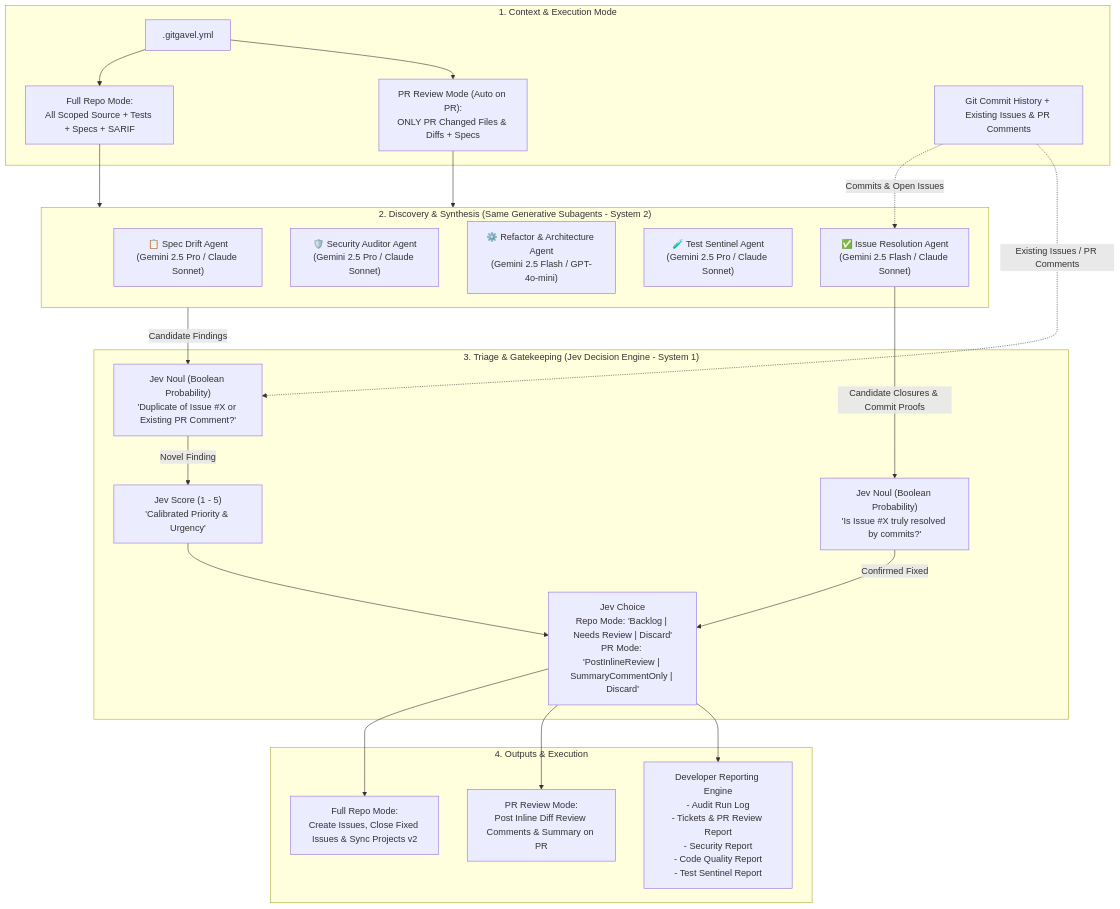
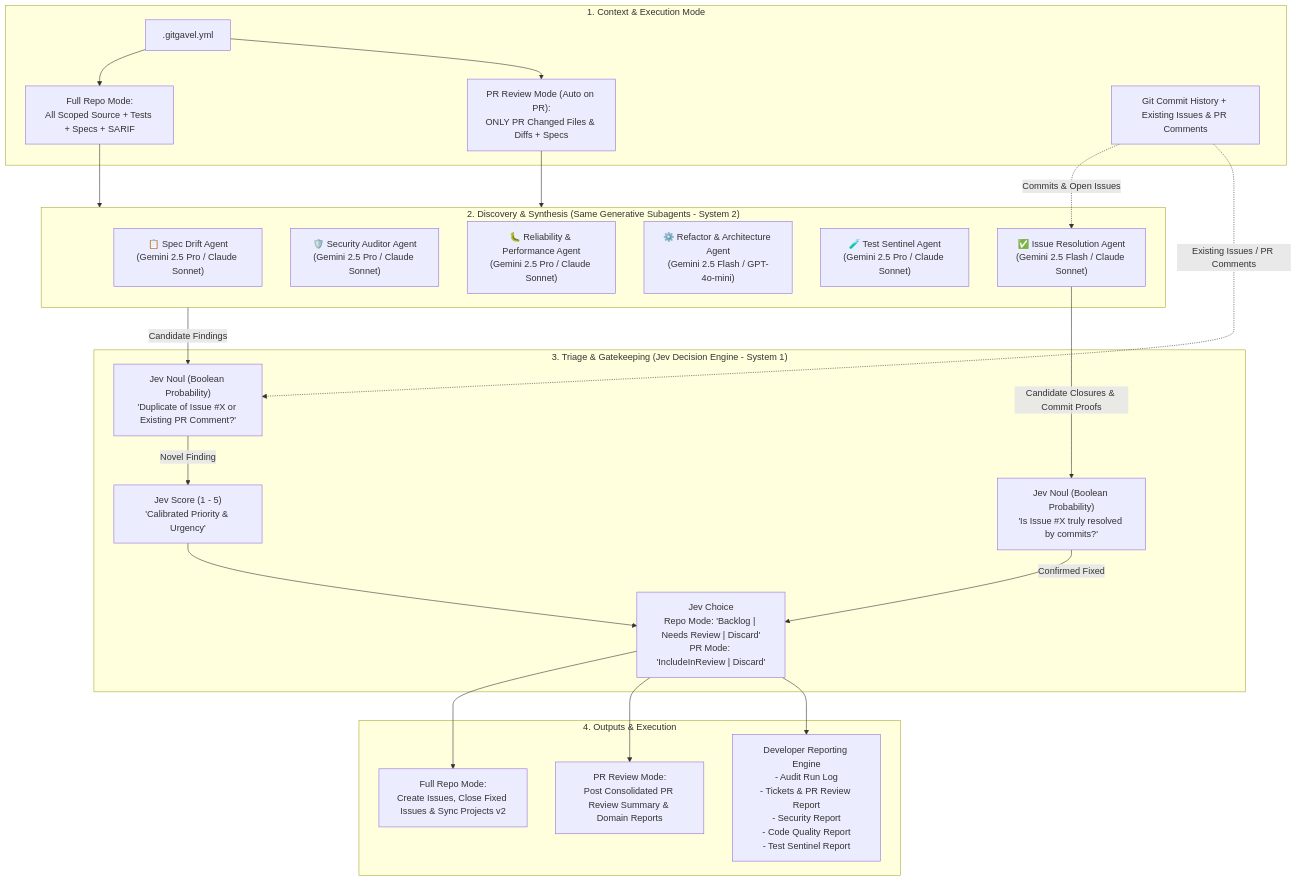
The diagram in SPECIFICATION.md (tyronebramwell/GitGavel), drawn with Mermaid before and after one commit. The commit also changed other lines of this file, not shown here.

Commit message:
docs(spec): remove inline PR diff comments in favor of consolidated summaries

````diff
--- a/SPECIFICATION.md
+++ b/SPECIFICATION.md
@@ -37,48 +37,49 @@
 ```mermaid
 flowchart TD
     subgraph Host ["1. Context & Execution Mode"]
         Config[".gitgavel.yml"]
         FullMode["Full Repo Mode:\nAll Scoped Source + Tests + Specs + SARIF"]
         PRMode["PR Review Mode (Auto on PR):\nONLY PR Changed Files & Diffs + Specs"]
         GitHistory["Git Commit History + Existing Issues & PR Comments"]
     end
 
     subgraph System2 ["2. Discovery & Synthesis (Same Generative Subagents - System 2)"]
         SpecAgent["📋 Spec Drift Agent\n(Gemini 2.5 Pro / Claude Sonnet)"]
         SecAgent["🛡️ Security Auditor Agent\n(Gemini 2.5 Pro / Claude Sonnet)"]
+        RelAgent["🐛 Reliability & Performance Agent\n(Gemini 2.5 Pro / Claude Sonnet)"]
         RefactorAgent["⚙️ Refactor & Architecture Agent\n(Gemini 2.5 Flash / GPT-4o-mini)"]
         TestAgent["🧪 Test Sentinel Agent\n(Gemini 2.5 Pro / Claude Sonnet)"]
         ResolutionAgent["✅ Issue Resolution Agent\n(Gemini 2.5 Flash / Claude Sonnet)"]
     end
 
     subgraph System1 ["3. Triage & Gatekeeping (Jev Decision Engine - System 1)"]
         JevDedupe["Jev Noul (Boolean Probability)\n'Duplicate of Issue #X or Existing PR Comment?'"]
         JevVerifyFix["Jev Noul (Boolean Probability)\n'Is Issue #X truly resolved by commits?'"]
         JevScore["Jev Score (1 - 5)\n'Calibrated Priority & Urgency'"]
-        JevRoute["Jev Choice\nRepo Mode: 'Backlog | Needs Review | Discard'\nPR Mode: 'PostInlineReview | SummaryCommentOnly | Discard'"]
+        JevRoute["Jev Choice\nRepo Mode: 'Backlog | Needs Review | Discard'\nPR Mode: 'IncludeInReview | Discard'"]
         
         JevDedupe -->|Novel Finding| JevScore
         JevVerifyFix -->|Confirmed Fixed| JevRoute
         JevScore --> JevRoute
     end
 
     subgraph Targets ["4. Outputs & Execution"]
         GH_Projects["Full Repo Mode:\nCreate Issues, Close Fixed Issues & Sync Projects v2"]
-        GH_PR["PR Review Mode:\nPost Inline Diff Review Comments & Summary on PR"]
+        GH_PR["PR Review Mode:\nPost Consolidated PR Review Summary & Domain Reports"]
         ReportsEngine["Developer Reporting Engine\n- Audit Run Log\n- Tickets & PR Review Report\n- Security Report\n- Code Quality Report\n- Test Sentinel Report"]
     end
 
     Config --> FullMode
     Config --> PRMode
     FullMode --> System2
     PRMode --> System2
     GitHistory -.->|Commits & Open Issues| ResolutionAgent
     GitHistory -.->|Existing Issues / PR Comments| JevDedupe
 
     System2 -->|Candidate Findings| JevDedupe
     ResolutionAgent -->|Candidate Closures & Commit Proofs| JevVerifyFix
 
     JevRoute --> GH_Projects
     JevRoute --> GH_PR
     JevRoute --> ReportsEngine
 ```
````
